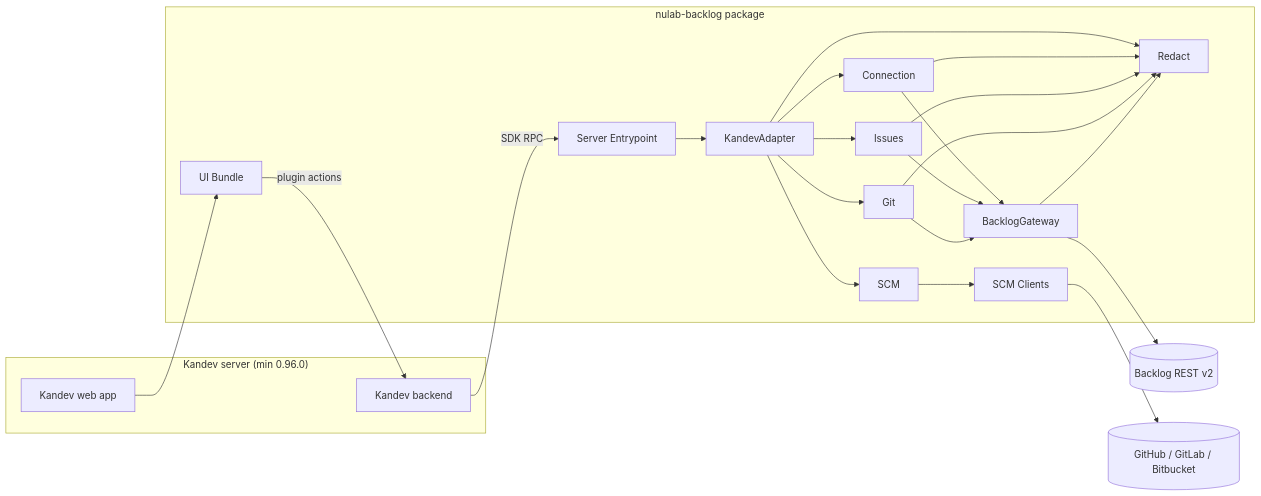
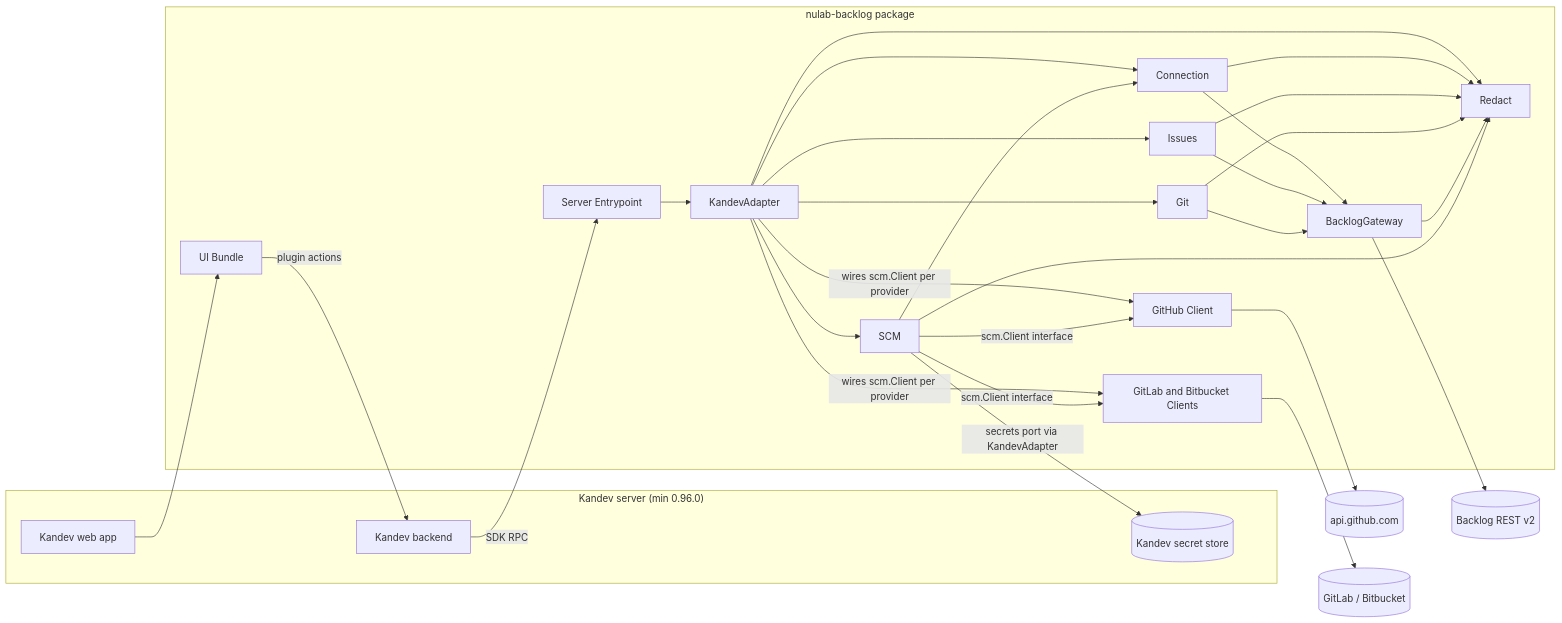
Before and after one commit to khuongdo/kandev-plugin-nulab-backlog: the first of 10 diagrams in aidlc/spaces/default/codekb/kandev-plugin-nulab-backlog/architecture.md, drawn with Mermaid. The commit also changed other lines of this file and 53 other files, not shown here.

First line of the commit message:
Connect GitHub or GitLab with the gh / glab CLI login, version 0.5.1 (#19)

````diff
--- a/aidlc/spaces/default/codekb/kandev-plugin-nulab-backlog/architecture.md
+++ b/aidlc/spaces/default/codekb/kandev-plugin-nulab-backlog/architecture.md
@@ -15,28 +17,34 @@
 ```mermaid
 flowchart LR
   subgraph Host["Kandev server (min 0.96.0)"]
     KB[Kandev backend]
     KW[Kandev web app]
+    KS[(Kandev secret store)]
   end
   subgraph Plugin["nulab-backlog package"]
     UI[UI Bundle]
     SE[Server Entrypoint]
     KA[KandevAdapter]
     CO[Connection]
     IS[Issues]
     GI[Git]
     SC[SCM]
     BG[BacklogGateway]
-    SCL[SCM Clients]
+    GHC[GitHub Client]
+    GLB[GitLab and Bitbucket Clients]
     RE[Redact]
   end
   KW --> UI
   UI -- plugin actions --> KB
   KB -- SDK RPC --> SE --> KA
   KA --> CO & IS & GI & SC
   CO & IS & GI --> BG
-  SC --> SCL
-  KA & CO & IS & GI & BG --> RE
+  KA -- wires scm.Client per provider --> GHC & GLB
+  SC -- scm.Client interface --> GHC & GLB
+  SC -- secrets port via KandevAdapter --> KS
+  SC --> CO
+  KA & CO & IS & GI & BG & SC --> RE
   BG --> BL[(Backlog REST v2)]
-  SCL --> EXT[(GitHub / GitLab / Bitbucket)]
+  GHC --> GHA[(api.github.com)]
+  GLB --> EXT[(GitLab / Bitbucket)]
 ```
````
